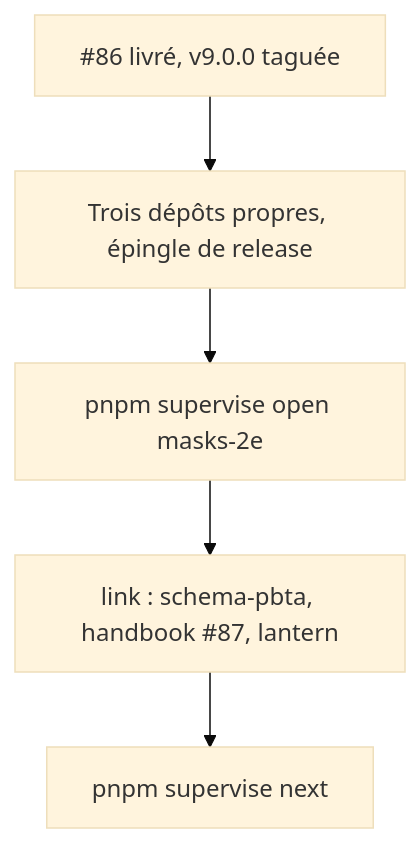
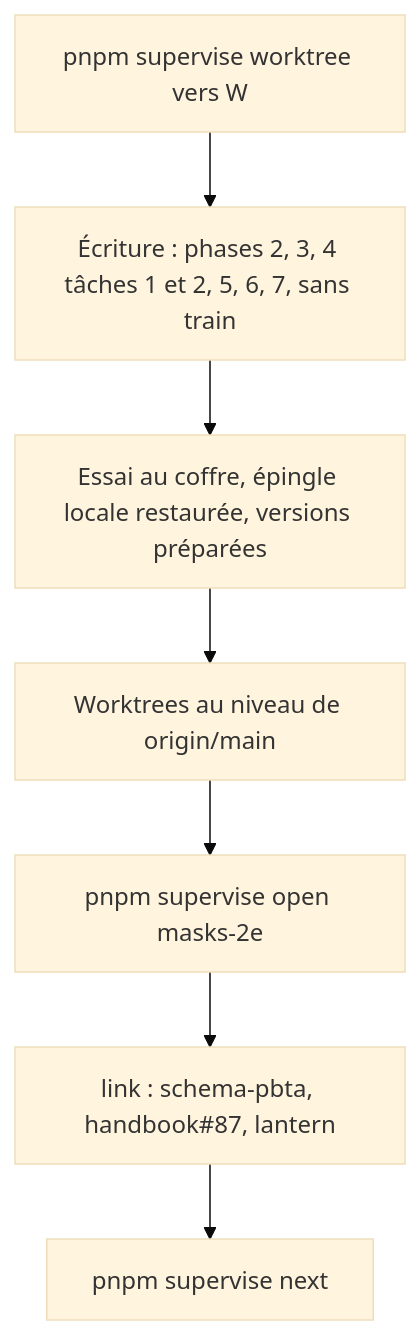
One commit to RebelliousSmile/obsidian-handbook changed the first of 2 diagrams in aidd_docs/tasks/2026_10/2026_10_07_masks-2e-integration/phase-1.md. Above: the diagram before and after it, drawn with Mermaid (base theme). The commit also changed other lines of this file and 39 other files, not shown here.

````diff
--- a/aidd_docs/tasks/2026_10/2026_10_07_masks-2e-integration/phase-1.md
+++ b/aidd_docs/tasks/2026_10/2026_10_07_masks-2e-integration/phase-1.md
@@ -20,7 +22,9 @@
 ```mermaid
 flowchart TD
-  A[#86 livré, v9.0.0 taguée] --> B[Trois dépôts propres, épingle de release]
+  A2[pnpm supervise worktree vers W] --> W[Écriture : phases 2, 3, 4 tâches 1 et 2, 5, 6, 7, sans train]
+  W --> T[Essai au coffre, épingle locale restaurée, versions préparées]
+  T --> B[Worktrees au niveau de origin/main]
   B --> C[pnpm supervise open masks-2e]
-  C --> D[link : schema-pbta, handbook #87, lantern]
+  C --> D[link : schema-pbta, handbook#87, lantern]
   D --> E[pnpm supervise next]
 ```
````
